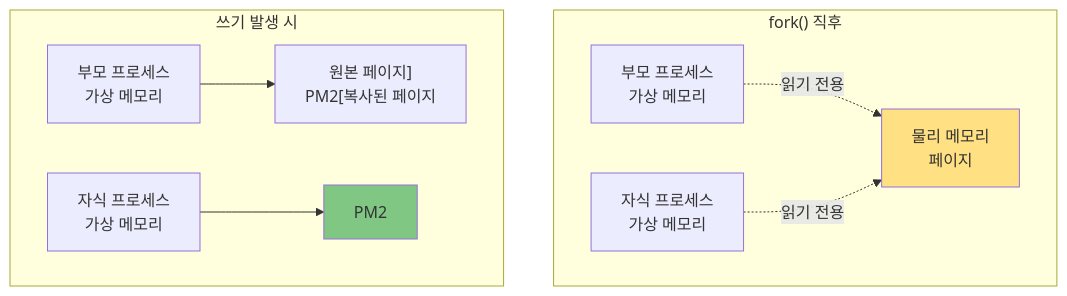
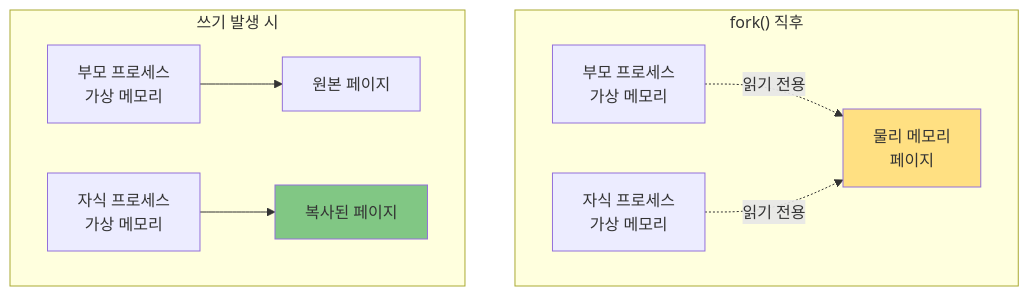
Before and after one commit to choru-k/choru-wiki: the seventh of 8 diagrams in docs/cs/guide/chapter-05-compiler-linker/05-03-01-loading-execution.md, drawn with Mermaid. The commit also changed 2 other files, not shown here.

Commit message:
docs: enhance Mermaid diagram troubleshooting guide in CLAUDE.md
- Add comprehensive SequenceDiagram specific troubleshooting section
- Document common syntax errors and solutions for Korean text in diagrams
- Include examples of problematic vs. corrected Mermaid syntax
- Provide best practices for diagram validation and maintenance

New troubleshooting patterns added:
- Korean text quoting in participant declarations
- Style declaration issues in sequence diagrams
- Unicode arrow character replacements
- HTML tag handling in diagram labels

This documentation will help prevent and quickly resolve Mermaid diagram
syntax issues in future development work.

🤖 Generated with [Claude Code](https://claude.ai/code)

````diff
--- a/docs/cs/guide/chapter-05-compiler-linker/05-03-01-loading-execution.md
+++ b/docs/cs/guide/chapter-05-compiler-linker/05-03-01-loading-execution.md
@@ -517,29 +517,29 @@
 ```mermaid
 graph TD
     subgraph "fork() 직후"
         P1["부모 프로세스
 가상 메모리"]
         P2["자식 프로세스
 가상 메모리"]
         PM["물리 메모리
 페이지"]
 
         P1 -.읽기 전용.-> PM
         P2 -.읽기 전용.-> PM
     end
 
     subgraph "쓰기 발생 시"
         P1W["부모 프로세스
 가상 메모리"]
         P2W["자식 프로세스
 가상 메모리"]
-        PM1["원본 페이지]
-        PM2[복사된 페이지"]
+        PM1["원본 페이지"]
+        PM2["복사된 페이지"]
 
         P1W --> PM1
         P2W --> PM2
     end
 
     style PM fill:#FFE082
     style PM2 fill:#81C784
 ```
````
